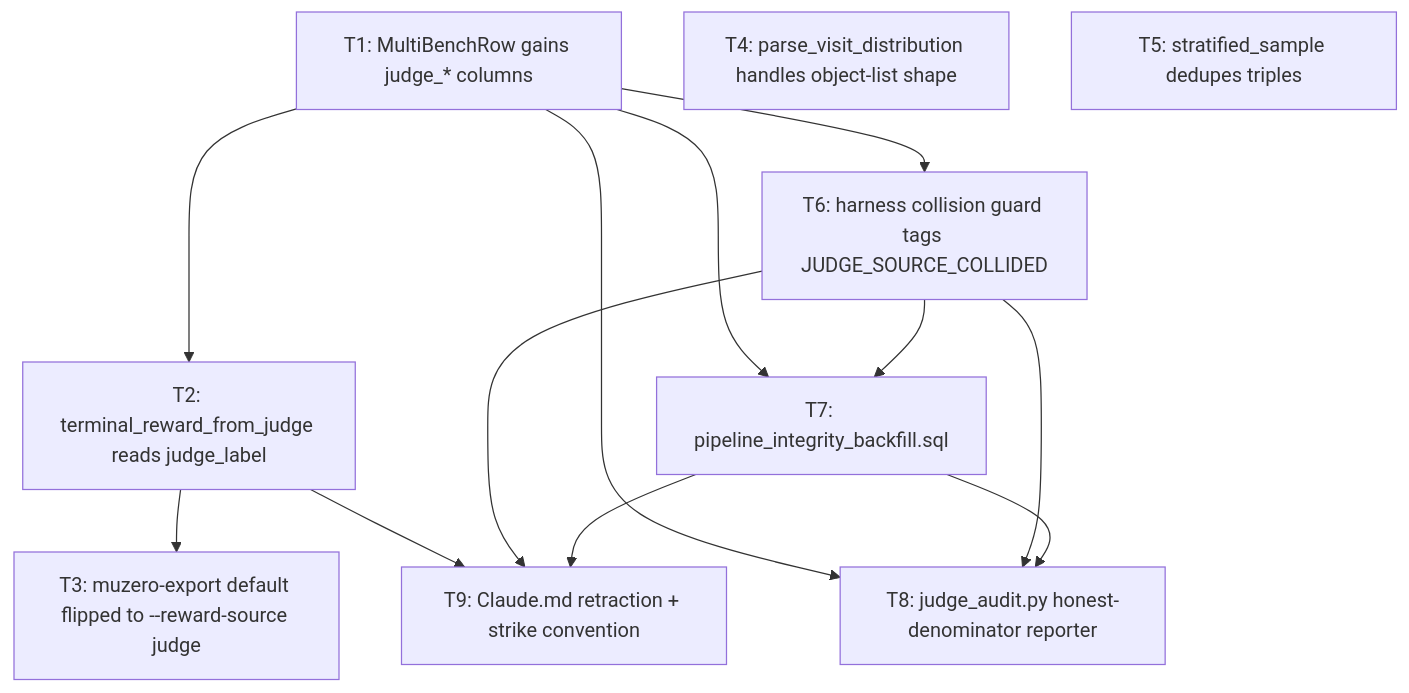
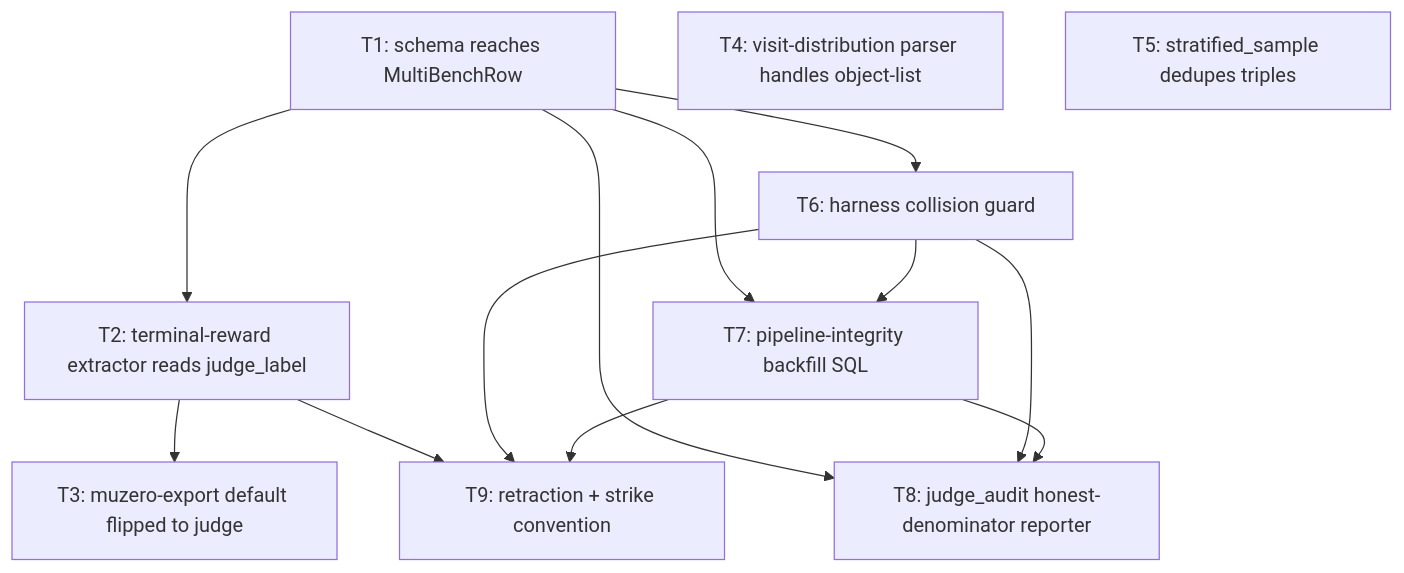
Before and after one commit to samrathchadha/perseusresearch: the second of 3 diagrams in src/content/essays/pipeline-integrity-audit.mdx, drawn with Mermaid. The commit also changed other lines of this file and 27 other files, not shown here.

````diff
--- a/src/content/essays/pipeline-integrity-audit.mdx
+++ b/src/content/essays/pipeline-integrity-audit.mdx
@@ -784,24 +205,24 @@
 ```mermaid
 graph TD
-    T1["T1: MultiBenchRow gains judge_* columns"]
-    T2["T2: terminal_reward_from_judge reads judge_label"]
-    T3["T3: muzero-export default flipped to --reward-source judge"]
-    T4["T4: parse_visit_distribution handles object-list shape"]
+    T1["T1: schema reaches MultiBenchRow"]
+    T2["T2: terminal-reward extractor reads judge_label"]
+    T3["T3: muzero-export default flipped to judge"]
+    T4["T4: visit-distribution parser handles object-list"]
     T5["T5: stratified_sample dedupes triples"]
-    T6["T6: harness collision guard tags JUDGE_SOURCE_COLLIDED"]
-    T7["T7: pipeline_integrity_backfill.sql"]
-    T8["T8: judge_audit.py honest-denominator reporter"]
-    T9["T9: Claude.md retraction + strike convention"]
+    T6["T6: harness collision guard"]
+    T7["T7: pipeline-integrity backfill SQL"]
+    T8["T8: judge_audit honest-denominator reporter"]
+    T9["T9: retraction + strike convention"]
 
     T1 --> T2
     T1 --> T6
     T1 --> T7
     T2 --> T3
     T6 --> T7
     T1 --> T8
     T6 --> T8
     T7 --> T8
     T2 --> T9
     T6 --> T9
     T7 --> T9
 ```
````
